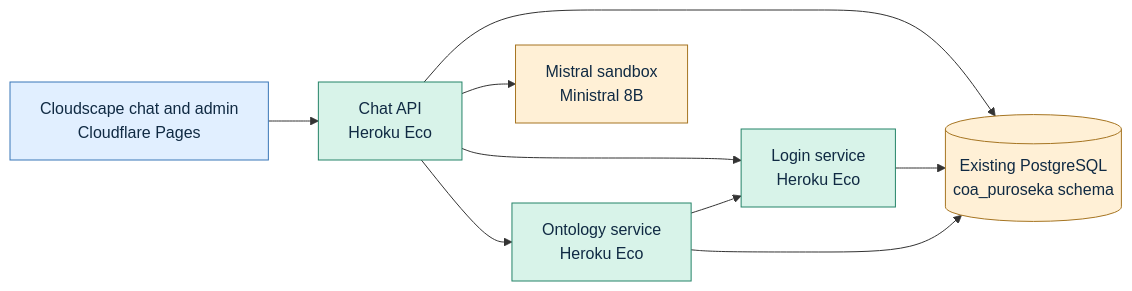
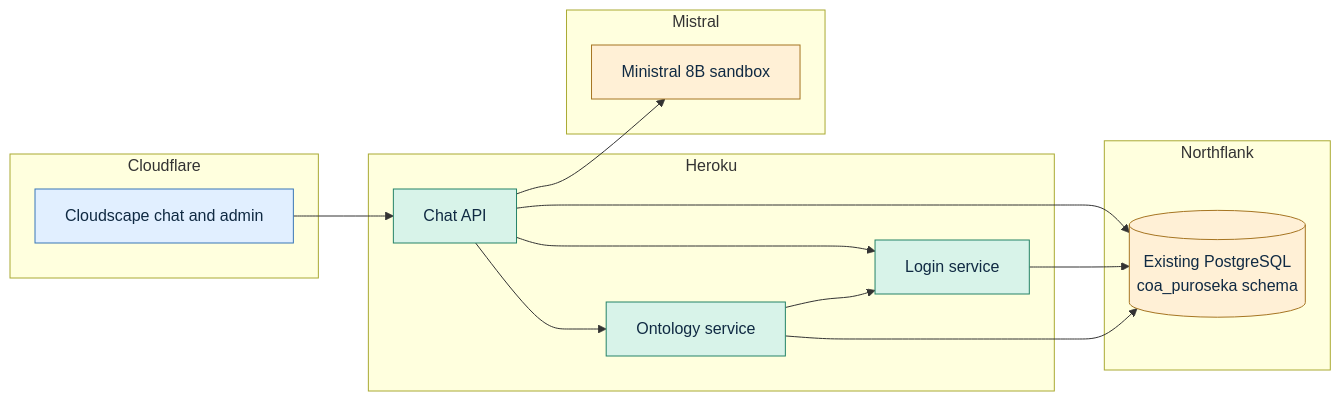
The diagram in README.md (02loveslollipop/coa-puroseka-heroku), drawn with Mermaid before and after one commit. The commit also changed other lines of this file and 13 other files, not shown here.

Commit message:
Harden SQL execution and fix demo generation, login and diagrams

````diff
--- a/README.md
+++ b/README.md
@@ -67,17 +67,31 @@
 ```mermaid
 flowchart LR
-    UI[Cloudscape chat and admin<br/>Cloudflare Pages] --> Chat[Chat API<br/>Heroku Eco]
-    Chat --> Login[Login service<br/>Heroku Eco]
-    Chat --> Ontology[Ontology service<br/>Heroku Eco]
-    Chat --> Model[Mistral sandbox<br/>Ministral 8B]
+    subgraph Cloudflare
+        UI[Cloudscape chat and admin]
+    end
+    subgraph Heroku
+        Chat[Chat API]
+        Login[Login service]
+        Ontology[Ontology service]
+    end
+    subgraph Northflank
+        DB[(Existing PostgreSQL<br/>coa_puroseka schema)]
+    end
+    subgraph Mistral
+        Model[Ministral 8B sandbox]
+    end
+    UI --> Chat
+    Chat --> Login
+    Chat --> Ontology
+    Chat --> Model
     Ontology --> Login
-    Chat --> DB[(Existing PostgreSQL<br/>coa_puroseka schema)]
+    Chat --> DB
     Login --> DB
     Ontology --> DB
     classDef frontend fill:#e1efff,stroke:#3976b7,color:#102a43
     classDef service fill:#d8f3e9,stroke:#258368,color:#102a43
     classDef store fill:#fff0d6,stroke:#a67522,color:#102a43
     class UI frontend
     class Chat,Login,Ontology service
     class DB,Model store
 ```
````
